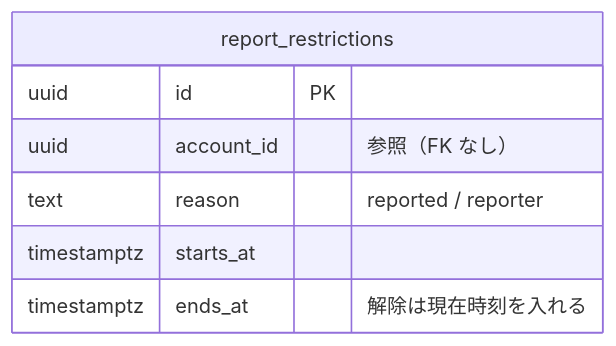
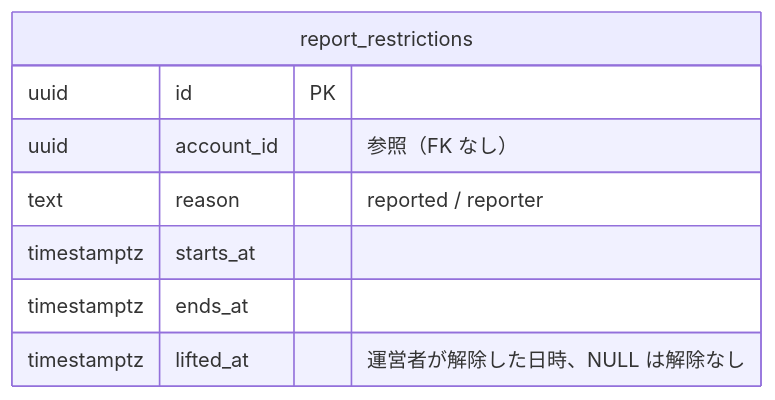
One commit to panicboat/monorepo changed the second of 2 diagrams in docs/superpowers/specs/2026-11-02-dystopia-report-restriction-design.md. Above: the diagram before and after it, drawn with Mermaid. The commit also changed other lines of this file, not shown here.

````diff
--- a/docs/superpowers/specs/2026-11-02-dystopia-report-restriction-design.md
+++ b/docs/superpowers/specs/2026-11-02-dystopia-report-restriction-design.md
@@ -100,10 +102,11 @@
 ```mermaid
 erDiagram
     report_restrictions {
         uuid id PK
         uuid account_id "参照（FK なし）"
         text reason "reported / reporter"
         timestamptz starts_at
-        timestamptz ends_at "解除は現在時刻を入れる"
+        timestamptz ends_at
+        timestamptz lifted_at "運営者が解除した日時、NULL は解除なし"
     }
 ```
````
